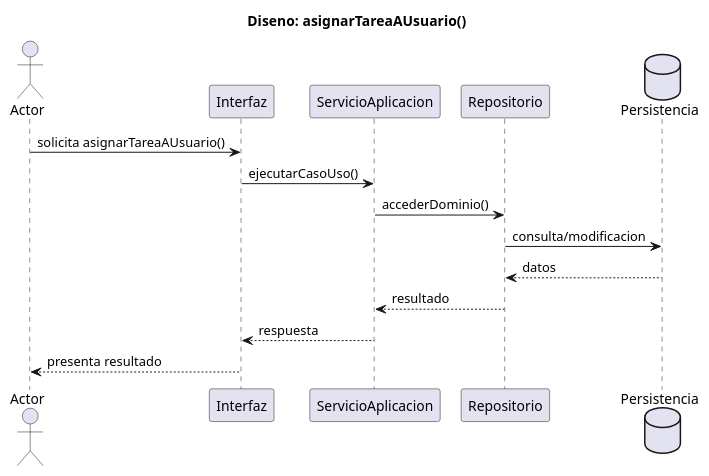
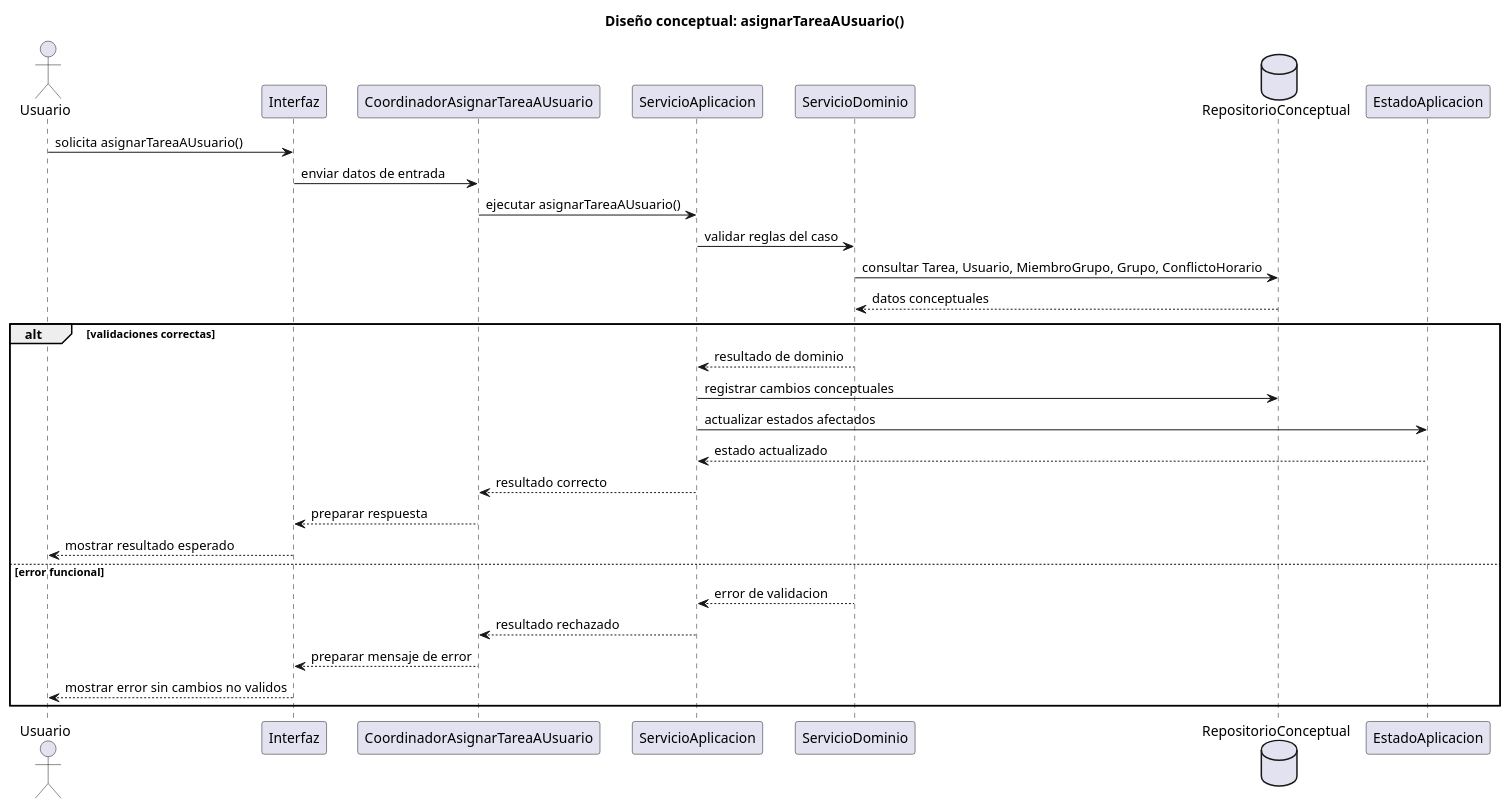
One commit to inigovaqueroo04/25-26-idsw2-sdVC changed the diagram in documents/RUP/02-diseño/casos-uso/planificacion-configuracion/asignarTareaAUsuario/secuencia.puml. Above: the diagram before and after it, drawn with PlantUML. The commit also changed 55 other files, not shown here.

Commit message:
docs: completar diseño RUP conceptual

```diff
--- a/documents/RUP/02-diseño/casos-uso/planificacion-configuracion/asignarTareaAUsuario/secuencia.puml
+++ b/documents/RUP/02-diseño/casos-uso/planificacion-configuracion/asignarTareaAUsuario/secuencia.puml
@@ -1,19 +1,34 @@
 @startuml asignarTareaAUsuario-diseno-secuencia
-actor "Actor" as Actor
-participant "Interfaz" as UI
-participant "ServicioAplicacion" as Servicio
-participant "Repositorio" as Repositorio
-database "Persistencia" as BD
+title Diseño conceptual: asignarTareaAUsuario()
 
-title Diseno: asignarTareaAUsuario()
+actor "Usuario" as Usuario
+participant "Interfaz" as Interfaz
+participant "CoordinadorAsignarTareaAUsuario" as Coordinador
+participant "ServicioAplicacion" as ServicioAplicacion
+participant "ServicioDominio" as ServicioDominio
+database "RepositorioConceptual" as Repositorio
+participant "EstadoAplicacion" as EstadoAplicacion
 
-Actor -> UI : solicita asignarTareaAUsuario()
-UI -> Servicio : ejecutarCasoUso()
-Servicio -> Repositorio : accederDominio()
-Repositorio -> BD : consulta/modificacion
-BD --> Repositorio : datos
-Repositorio --> Servicio : resultado
-Servicio --> UI : respuesta
-UI --> Actor : presenta resultado
+Usuario -> Interfaz : solicita asignarTareaAUsuario()
+Interfaz -> Coordinador : enviar datos de entrada
+Coordinador -> ServicioAplicacion : ejecutar asignarTareaAUsuario()
+ServicioAplicacion -> ServicioDominio : validar reglas del caso
+ServicioDominio -> Repositorio : consultar Tarea, Usuario, MiembroGrupo, Grupo, ConflictoHorario
+Repositorio --> ServicioDominio : datos conceptuales
+
+alt validaciones correctas
+  ServicioDominio --> ServicioAplicacion : resultado de dominio
+  ServicioAplicacion -> Repositorio : registrar cambios conceptuales
+  ServicioAplicacion -> EstadoAplicacion : actualizar estados afectados
+  EstadoAplicacion --> ServicioAplicacion : estado actualizado
+  ServicioAplicacion --> Coordinador : resultado correcto
+  Coordinador --> Interfaz : preparar respuesta
+  Interfaz --> Usuario : mostrar resultado esperado
+else error funcional
+  ServicioDominio --> ServicioAplicacion : error de validacion
+  ServicioAplicacion --> Coordinador : resultado rechazado
+  Coordinador --> Interfaz : preparar mensaje de error
+  Interfaz --> Usuario : mostrar error sin cambios no validos
+end
 
 @enduml
```
